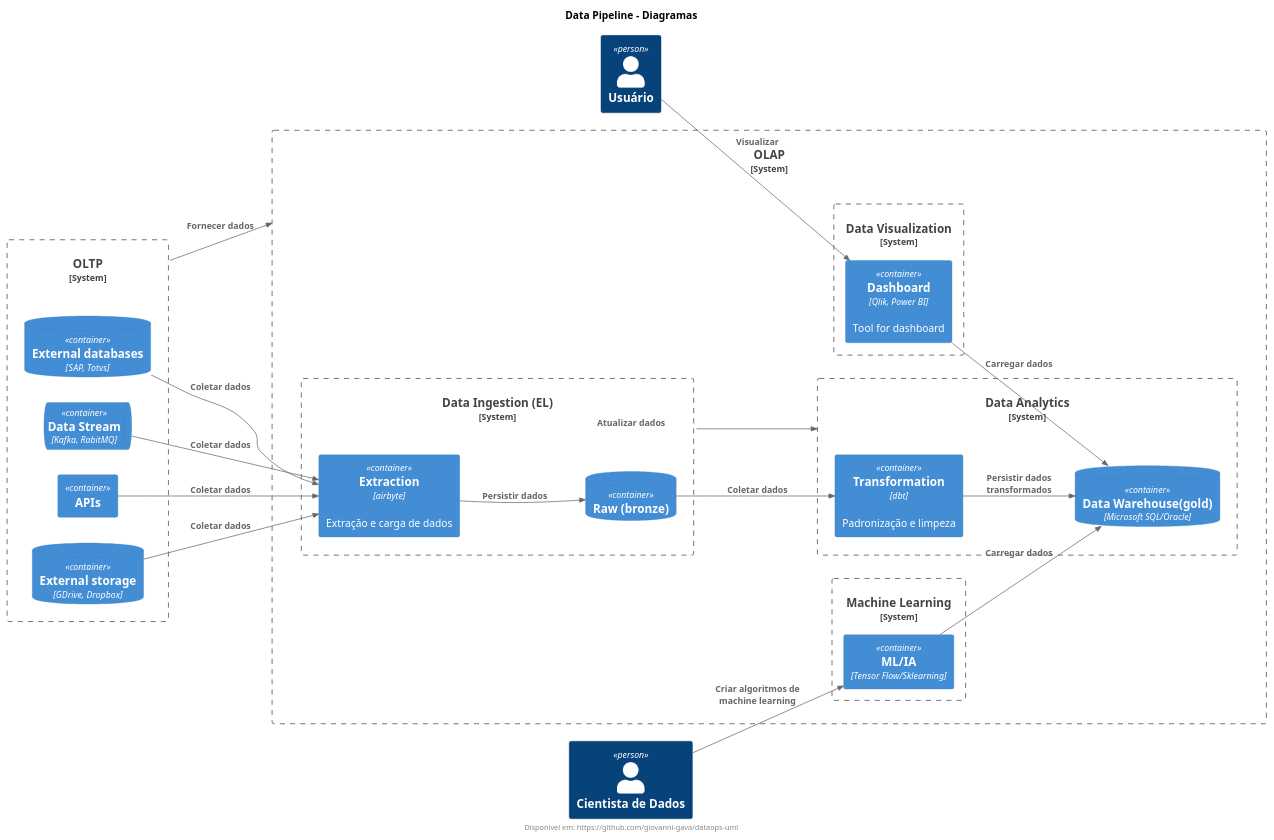
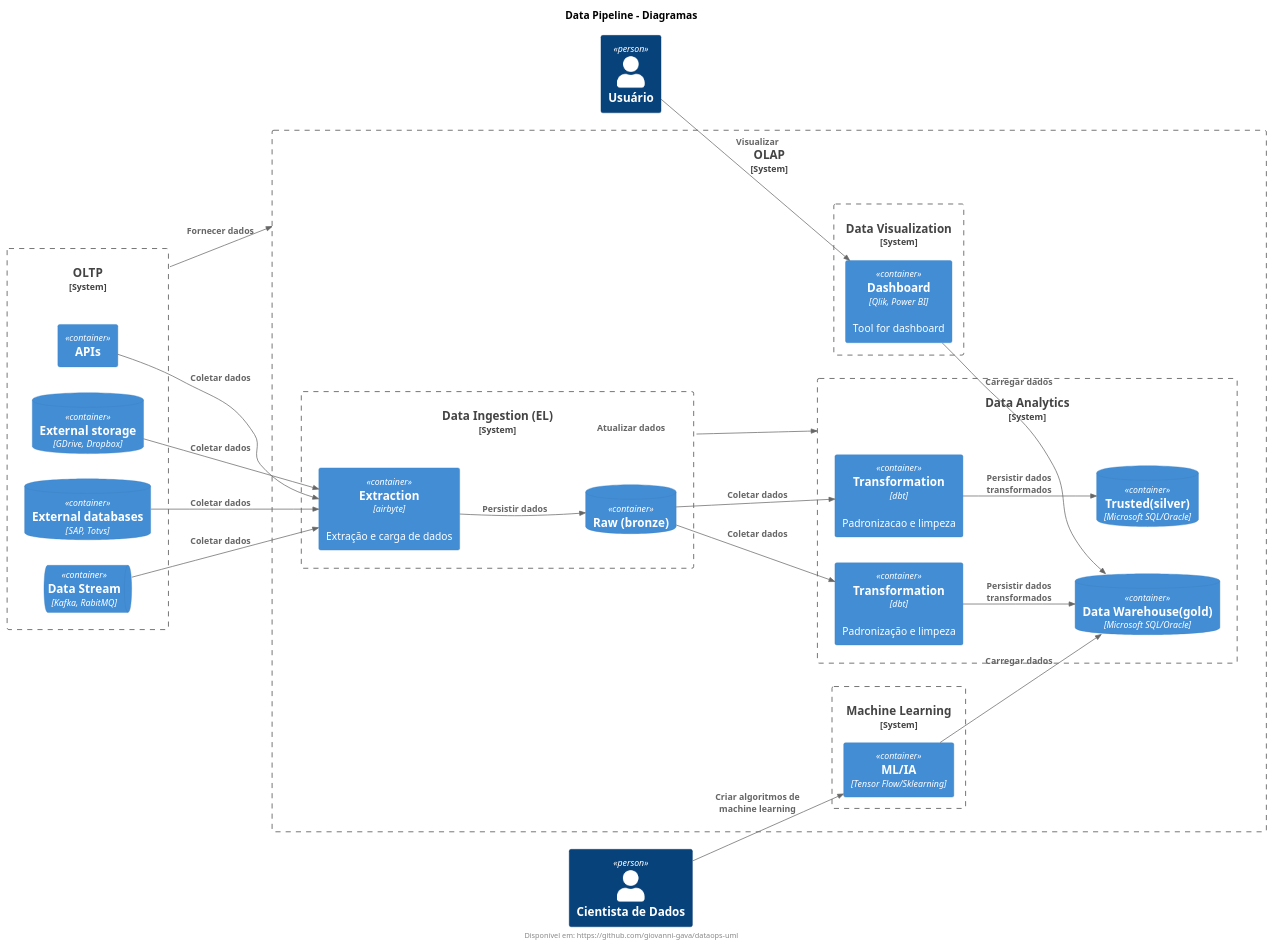
The diagram in diagrams/data_pipeline.wsd (giovanni-gava/dataops-uml), drawn with PlantUML before and after one commit. The commit also changed other lines of this file, not shown here.

Commit message:
feat(dataops): add bronze silver and gold rel

```diff
--- a/diagrams/data_pipeline.wsd
+++ b/diagrams/data_pipeline.wsd
@@ -1,57 +1,62 @@
 @startuml data_pipeline
 !include https://raw.githubusercontent.com/plantuml-stdlib/C4-PlantUML/master/C4_Container.puml
 title Data Pipeline - Diagramas
 footer Disponível em: https://github.com/giovanni-gava/dataops-uml
 LAYOUT_LEFT_RIGHT()
 
 Person(user, "Usuário")
 Person(data_scientist, "Cientista de Dados")
 
 System_Boundary(olap, "OLAP") {
 
     System_Boundary(ml, "Machine Learning") {
         Container(ia, "ML/IA", "Tensor Flow/Sklearning", "")
     }
 
     System_Boundary(dataviz, "Data Visualization") {
         Container(dash, "Dashboard", "Qlik, Power BI", "Tool for dashboard")
     }
 
     System_Boundary(analytics, "Data Analytics") {
-        ContainerDb(dw, "Data Warehouse(gold)", "Microsoft SQL/Oracle")
+        ContainerDb(silver, "Trusted(silver)", "Microsoft SQL/Oracle")
+        Container(transformation_bronze_silver, "Transformation", "dbt", "Padronizacao e limpeza")
+
+        ContainerDb(gold, "Data Warehouse(gold)", "Microsoft SQL/Oracle")
         Container(transformation, "Transformation", "dbt", "Padronização e limpeza")
     }
 
     System_Boundary(ingestion, "Data Ingestion (EL)") {
-        ContainerDb(raw, "Raw (bronze)")
+        ContainerDb(bronze, "Raw (bronze)")
         Container(extraction, "Extraction", "airbyte", "Extração e carga de dados")
     }
 }
 
 System_Boundary(oltp, "OLTP") {
     ContainerDb(external_db, "External databases", "SAP, Totvs")
     ContainerQueue(external_queue, "Data Stream", "Kafka, RabitMQ")
     Container(external_api, "APIs")
     ContainerDb(external_storage, "External storage", "GDrive, Dropbox")
 }
 
 Rel(external_db, extraction, "Coletar dados")
 Rel(external_queue, extraction, "Coletar dados")
 Rel(external_api, extraction, "Coletar dados")
 Rel(external_storage, extraction, "Coletar dados")
-Rel(extraction, raw, "Persistir dados")
+Rel(extraction, bronze, "Persistir dados")
 
 Rel(oltp, olap, "Fornecer dados")
 Rel(ingestion, analytics, "Atualizar dados")
 
 Rel(user, dash, "Visualizar")
-Rel(dash, dw, "Carregar dados")
+Rel(dash, gold, "Carregar dados")
 
-Rel(transformation, dw, "Persistir dados transformados")
-Rel(raw, transformation, "Coletar dados")
+Rel(transformation, gold, "Persistir dados transformados")
+Rel(bronze, transformation, "Coletar dados")
 
 Rel(data_scientist, ia, "Criar algoritmos de machine learning")
-Rel(ia, dw, "Carregar dados")
+Rel(ia, gold, "Carregar dados")
 
+Rel(bronze, transformation_bronze_silver, "Coletar dados")
+Rel(transformation_bronze_silver, silver, "Persistir dados transformados")
 
 @enduml
```
